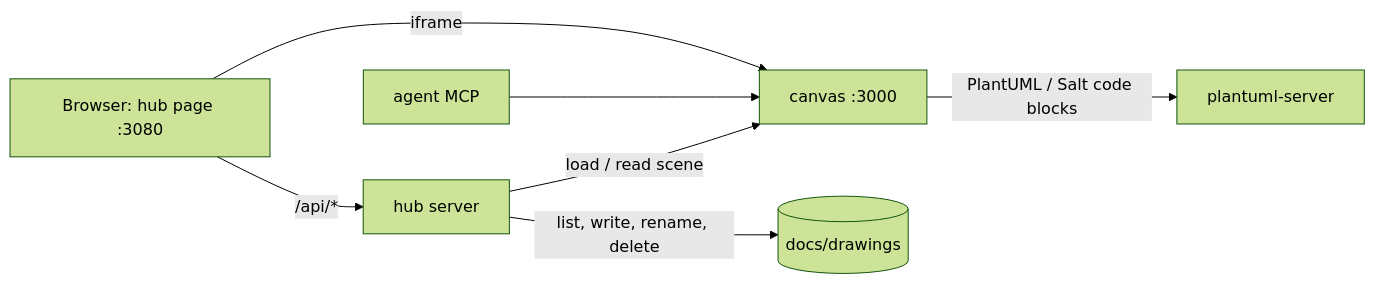
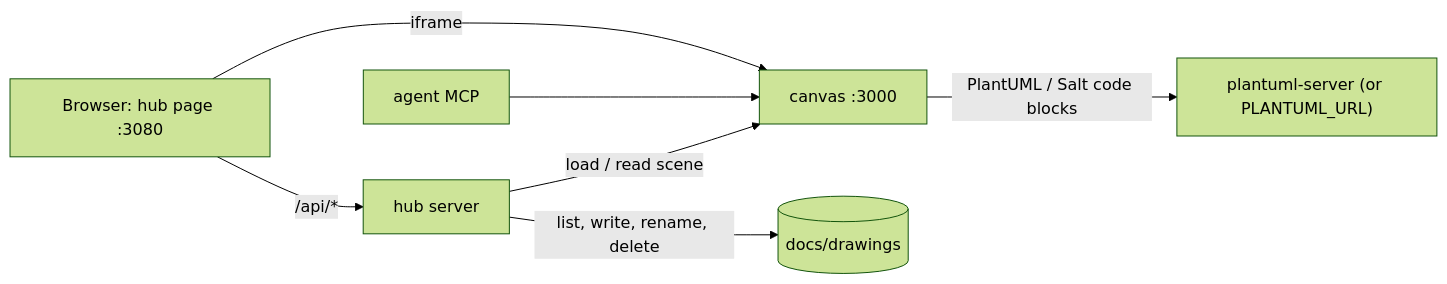
The diagram in README.md (turtlewizard73/excalidraw-hub), drawn with Mermaid (forest theme) before and after one commit. The commit also changed other lines of this file and 14 other files, not shown here.

First line of the commit message:
Run without Docker (scripts/native.sh) + external diagram renderer (PLANTUML_URL) (#2)

````diff
--- a/README.md
+++ b/README.md
@@ -7,9 +7,9 @@
 ```mermaid
 flowchart LR
   B[Browser: hub page :3080] -->|/api/*| H[hub server]
   B -->|iframe| C[canvas :3000]
   A[agent MCP] --> C
   H -->|load / read scene| C
   H -->|list, write, rename, delete| D[(docs/drawings)]
-  C -->|PlantUML / Salt code blocks| P[plantuml-server]
+  C -->|PlantUML / Salt code blocks| P["plantuml-server (or PLANTUML_URL)"]
 ```
````
